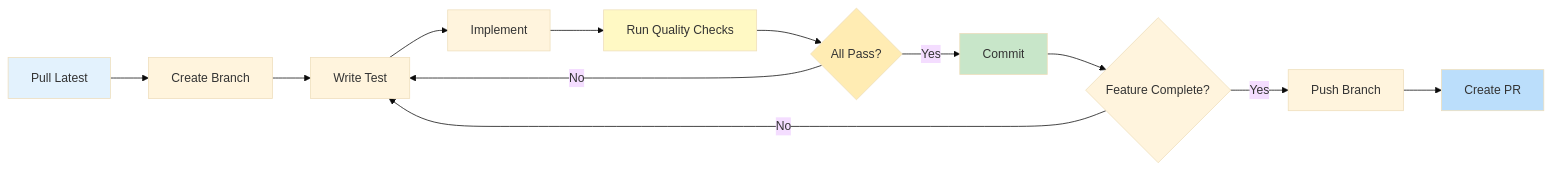
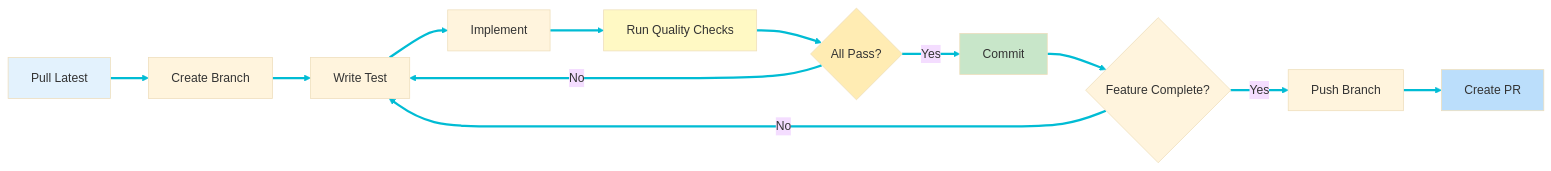
The second of 2 diagrams in wiki/Development-Process.md (softwarewrighter/pdf2md), drawn with Mermaid (base theme) before and after one commit. The commit also changed other lines of this file and 10 other files, not shown here.

First line of the commit message:
fix: make mermaid diagram arrows thick and bright for dark mode

````diff
--- a/wiki/Development-Process.md
+++ b/wiki/Development-Process.md
@@ -137,20 +139,22 @@
 ```mermaid
 graph LR
     A[Pull Latest] --> B[Create Branch]
     B --> C[Write Test]
     C --> D[Implement]
     D --> E[Run Quality Checks]
     E --> F{All Pass?}
     F -->|No| C
     F -->|Yes| G[Commit]
     G --> H{Feature Complete?}
     H -->|No| C
     H -->|Yes| I[Push Branch]
     I --> J[Create PR]
 
     style A fill:#e3f2fd
     style E fill:#fff9c4
     style F fill:#ffecb3
     style G fill:#c8e6c9
     style J fill:#bbdefb
+
+    linkStyle default stroke:#00bcd4,stroke-width:3px
 ```
````
